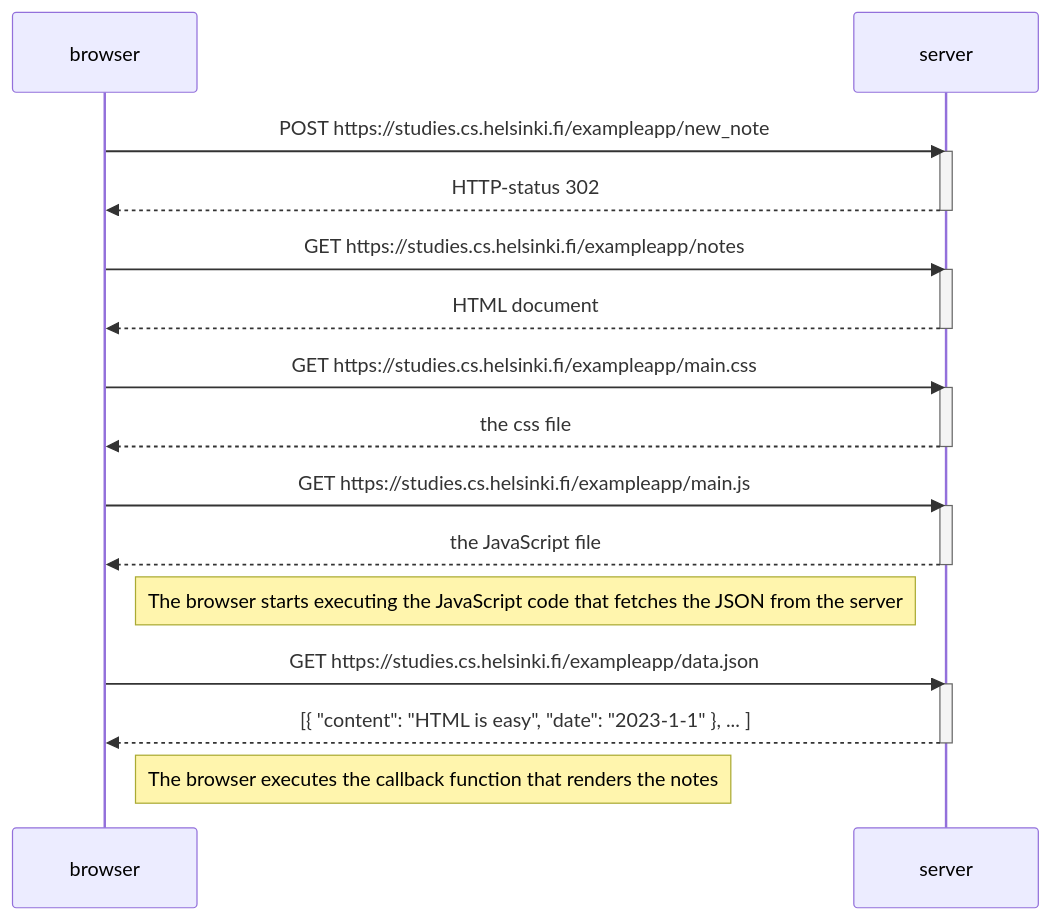
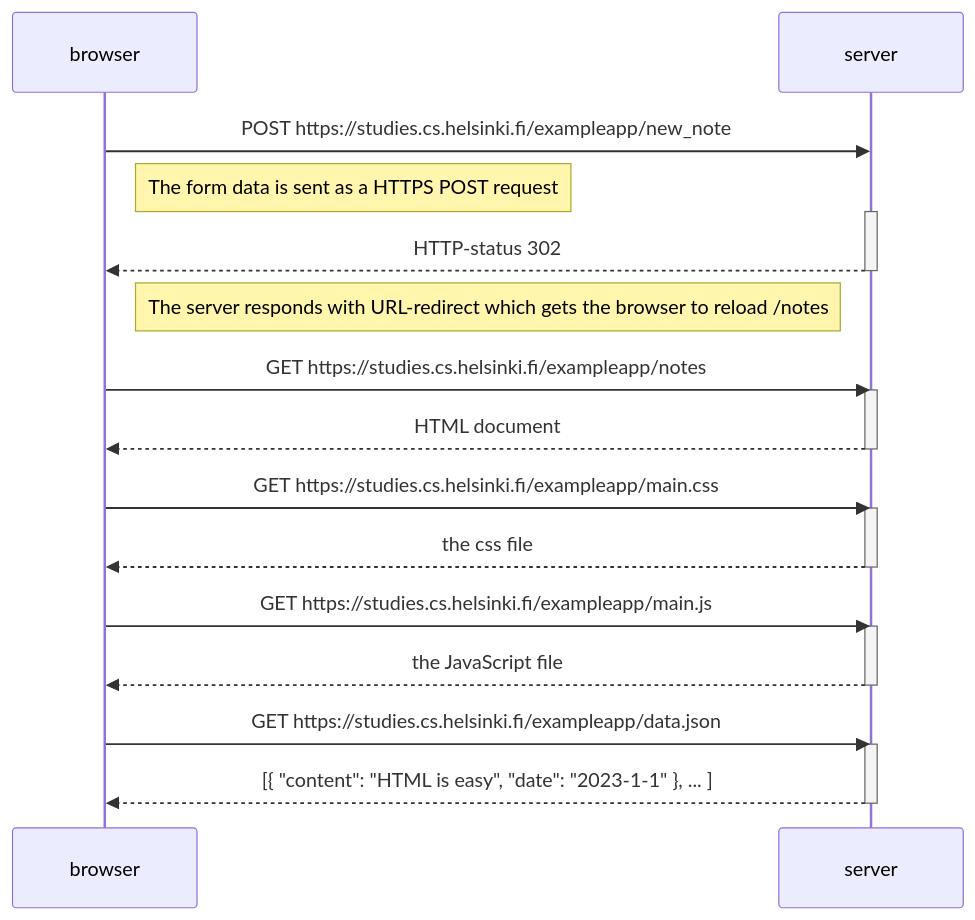
One commit to emilkivela/fullstack changed the diagram in osa0/uusimuistiinpano.md. Above: the diagram before and after it, drawn with Mermaid.

````diff
--- a/osa0/uusimuistiinpano.md
+++ b/osa0/uusimuistiinpano.md
@@ -1,34 +1,33 @@
 ```mermaid
 sequenceDiagram
     participant browser
     participant server
 
     browser->>server: POST https://studies.cs.helsinki.fi/exampleapp/new_note
+    Note right of browser: The form data is sent as a HTTPS POST request
     activate server
     server-->>browser: HTTP-status 302
     deactivate server
+    Note right of browser: The server responds with URL-redirect which gets the browser to reload /notes
     
     browser->>server: GET https://studies.cs.helsinki.fi/exampleapp/notes
     activate server
     server-->>browser: HTML document
     deactivate server
     
     browser->>server: GET https://studies.cs.helsinki.fi/exampleapp/main.css
     activate server
     server-->>browser: the css file
     deactivate server
     
     browser->>server: GET https://studies.cs.helsinki.fi/exampleapp/main.js
     activate server
     server-->>browser: the JavaScript file
     deactivate server
     
-    Note right of browser: The browser starts executing the JavaScript code that fetches the JSON from the server
-    
     browser->>server: GET https://studies.cs.helsinki.fi/exampleapp/data.json
     activate server
     server-->>browser: [{ "content": "HTML is easy", "date": "2023-1-1" }, ... ]
     deactivate server    
 
-    Note right of browser: The browser executes the callback function that renders the notes
 ```
````
